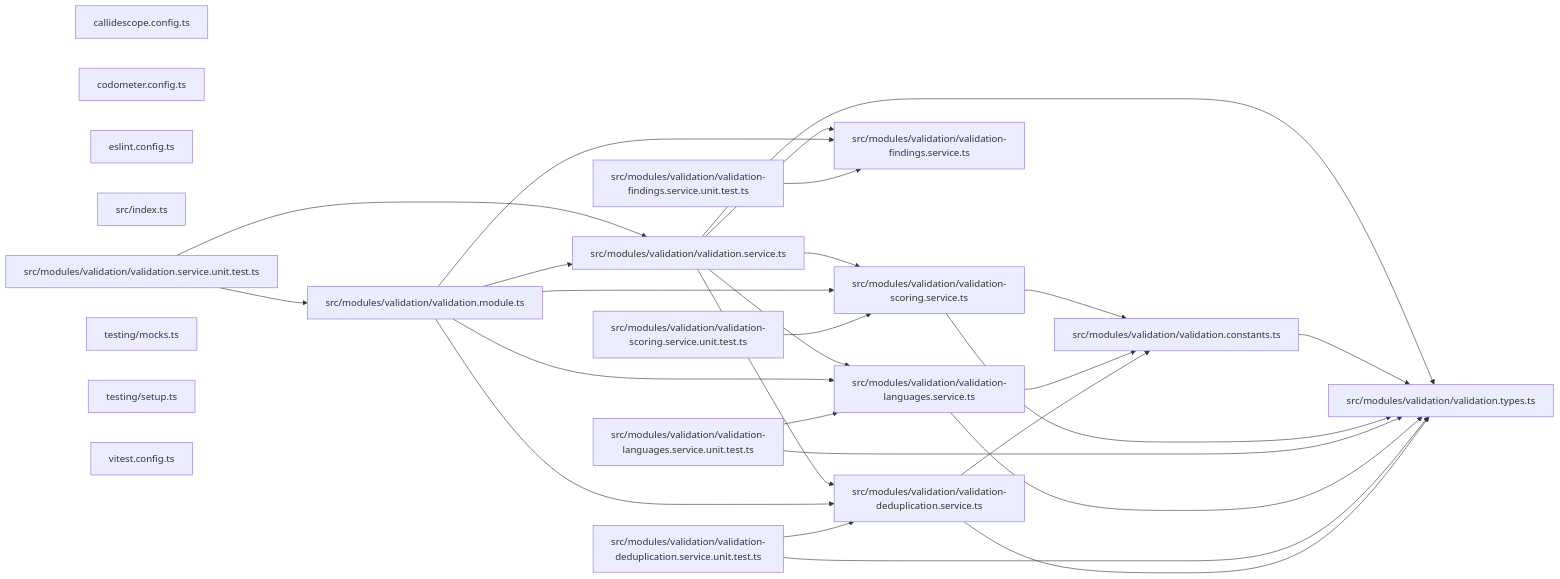
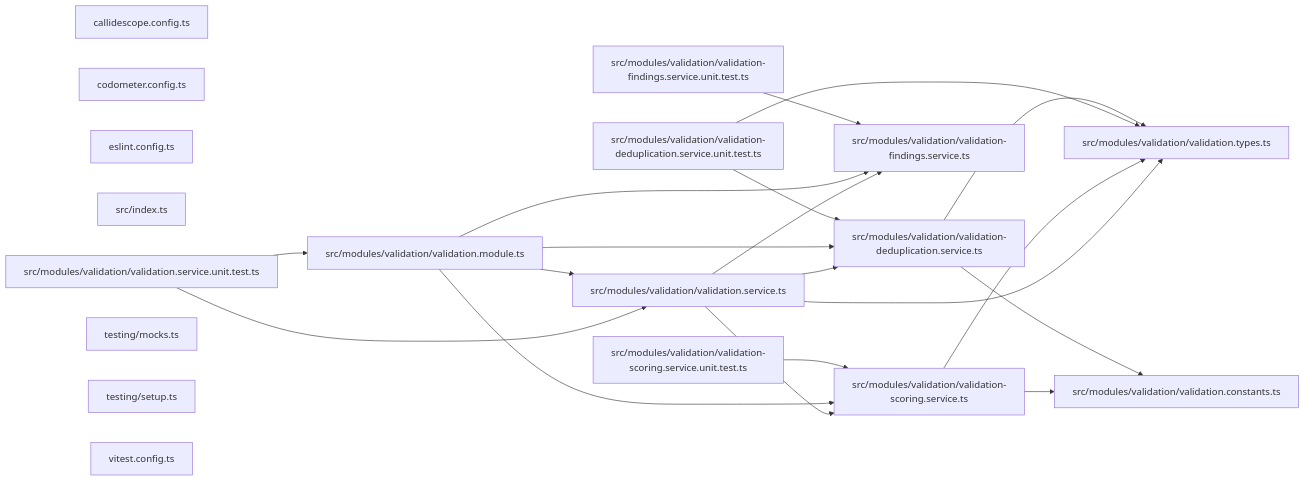
Before and after one commit to JimmyPaolini/codebase: the third of 3 diagrams in packages/conformetry-validation/README.md, drawn with Mermaid. The commit also changed other lines of this file and 32 other files, not shown here.

````diff
--- a/packages/conformetry-validation/README.md
+++ b/packages/conformetry-validation/README.md
@@ -243,48 +245,39 @@
 ```mermaid
 graph LR
   file_callidescope_config_ts["callidescope.config.ts"]
   file_codometer_config_ts["codometer.config.ts"]
   file_eslint_config_ts["eslint.config.ts"]
   file_src_index_ts["src/index.ts"]
   file_src_modules_validation_validation_deduplication_service_ts["src/modules/validation/validation-deduplication.service.ts"]
   file_src_modules_validation_validation_deduplication_service_unit_test_ts["src/modules/validation/validation-deduplication.service.unit.test.ts"]
   file_src_modules_validation_validation_findings_service_ts["src/modules/validation/validation-findings.service.ts"]
   file_src_modules_validation_validation_findings_service_unit_test_ts["src/modules/validation/validation-findings.service.unit.test.ts"]
-  file_src_modules_validation_validation_languages_service_ts["src/modules/validation/validation-languages.service.ts"]
-  file_src_modules_validation_validation_languages_service_unit_test_ts["src/modules/validation/validation-languages.service.unit.test.ts"]
   file_src_modules_validation_validation_scoring_service_ts["src/modules/validation/validation-scoring.service.ts"]
   file_src_modules_validation_validation_scoring_service_unit_test_ts["src/modules/validation/validation-scoring.service.unit.test.ts"]
   file_src_modules_validation_validation_constants_ts["src/modules/validation/validation.constants.ts"]
   file_src_modules_validation_validation_module_ts["src/modules/validation/validation.module.ts"]
   file_src_modules_validation_validation_service_ts["src/modules/validation/validation.service.ts"]
   file_src_modules_validation_validation_service_unit_test_ts["src/modules/validation/validation.service.unit.test.ts"]
   file_src_modules_validation_validation_types_ts["src/modules/validation/validation.types.ts"]
   file_testing_mocks_ts["testing/mocks.ts"]
   file_testing_setup_ts["testing/setup.ts"]
   file_vitest_config_ts["vitest.config.ts"]
   file_src_modules_validation_validation_deduplication_service_ts --> file_src_modules_validation_validation_constants_ts
   file_src_modules_validation_validation_deduplication_service_ts --> file_src_modules_validation_validation_types_ts
   file_src_modules_validation_validation_deduplication_service_unit_test_ts --> file_src_modules_validation_validation_deduplication_service_ts
   file_src_modules_validation_validation_deduplication_service_unit_test_ts --> file_src_modules_validation_validation_types_ts
   file_src_modules_validation_validation_findings_service_unit_test_ts --> file_src_modules_validation_validation_findings_service_ts
-  file_src_modules_validation_validation_languages_service_ts --> file_src_modules_validation_validation_constants_ts
-  file_src_modules_validation_validation_languages_service_ts --> file_src_modules_validation_validation_types_ts
-  file_src_modules_validation_validation_languages_service_unit_test_ts --> file_src_modules_validation_validation_languages_service_ts
-  file_src_modules_validation_validation_languages_service_unit_test_ts --> file_src_modules_validation_validation_types_ts
   file_src_modules_validation_validation_scoring_service_ts --> file_src_modules_validation_validation_constants_ts
   file_src_modules_validation_validation_scoring_service_ts --> file_src_modules_validation_validation_types_ts
   file_src_modules_validation_validation_scoring_service_unit_test_ts --> file_src_modules_validation_validation_scoring_service_ts
-  file_src_modules_validation_validation_constants_ts --> file_src_modules_validation_validation_types_ts
   file_src_modules_validation_validation_module_ts --> file_src_modules_validation_validation_deduplication_service_ts
   file_src_modules_validation_validation_module_ts --> file_src_modules_validation_validation_findings_service_ts
-  file_src_modules_validation_validation_module_ts --> file_src_modules_validation_validation_languages_service_ts
   file_src_modules_validation_validation_module_ts --> file_src_modules_validation_validation_scoring_service_ts
   file_src_modules_validation_validation_module_ts --> file_src_modules_validation_validation_service_ts
   file_src_modules_validation_validation_service_ts --> file_src_modules_validation_validation_deduplication_service_ts
   file_src_modules_validation_validation_service_ts --> file_src_modules_validation_validation_findings_service_ts
-  file_src_modules_validation_validation_service_ts --> file_src_modules_validation_validation_languages_service_ts
   file_src_modules_validation_validation_service_ts --> file_src_modules_validation_validation_scoring_service_ts
   file_src_modules_validation_validation_service_ts --> file_src_modules_validation_validation_types_ts
   file_src_modules_validation_validation_service_unit_test_ts --> file_src_modules_validation_validation_module_ts
   file_src_modules_validation_validation_service_unit_test_ts --> file_src_modules_validation_validation_service_ts
 ```
````
